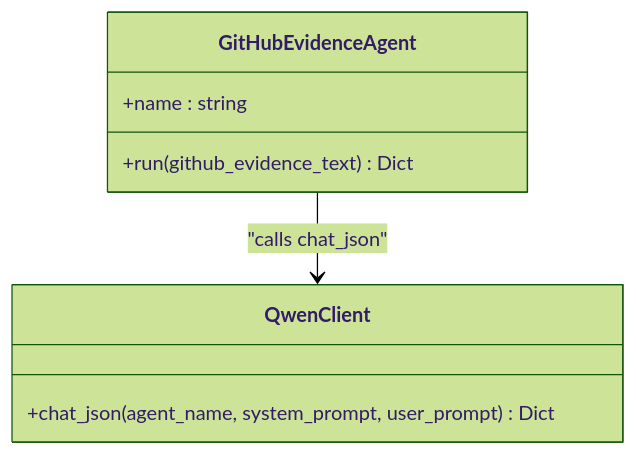
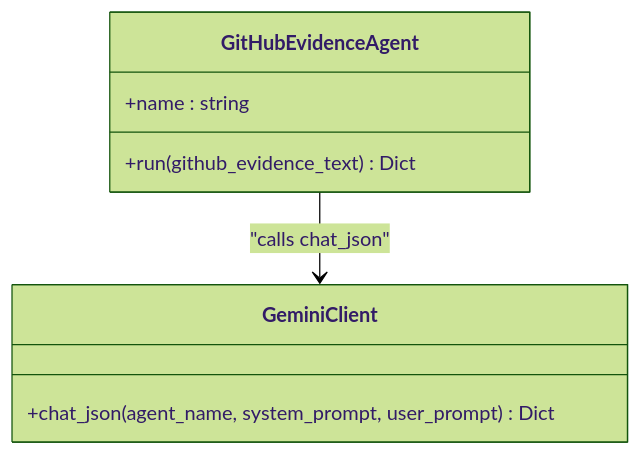
One commit to waqarimran342/CareerOS-AI changed the third of 5 diagrams in .qoder/repowiki/en/content/Multi-Agent System/GitHub Evidence Agent.md. Above: the diagram before and after it, drawn with Mermaid (forest theme). The commit also changed other lines of this file and 32 other files, not shown here.

````diff
--- a/.qoder/repowiki/en/content/Multi-Agent System/GitHub Evidence Agent.md
+++ b/.qoder/repowiki/en/content/Multi-Agent System/GitHub Evidence Agent.md
@@ -136,11 +143,11 @@
 ```mermaid
 classDiagram
 class GitHubEvidenceAgent {
 +name : string
 +run(github_evidence_text) Dict
 }
-class QwenClient {
+class GeminiClient {
 +chat_json(agent_name, system_prompt, user_prompt) Dict
 }
-GitHubEvidenceAgent --> QwenClient : "calls chat_json"
+GitHubEvidenceAgent --> GeminiClient : "calls chat_json"
 ```
````
